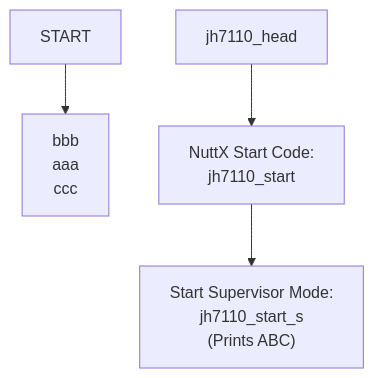
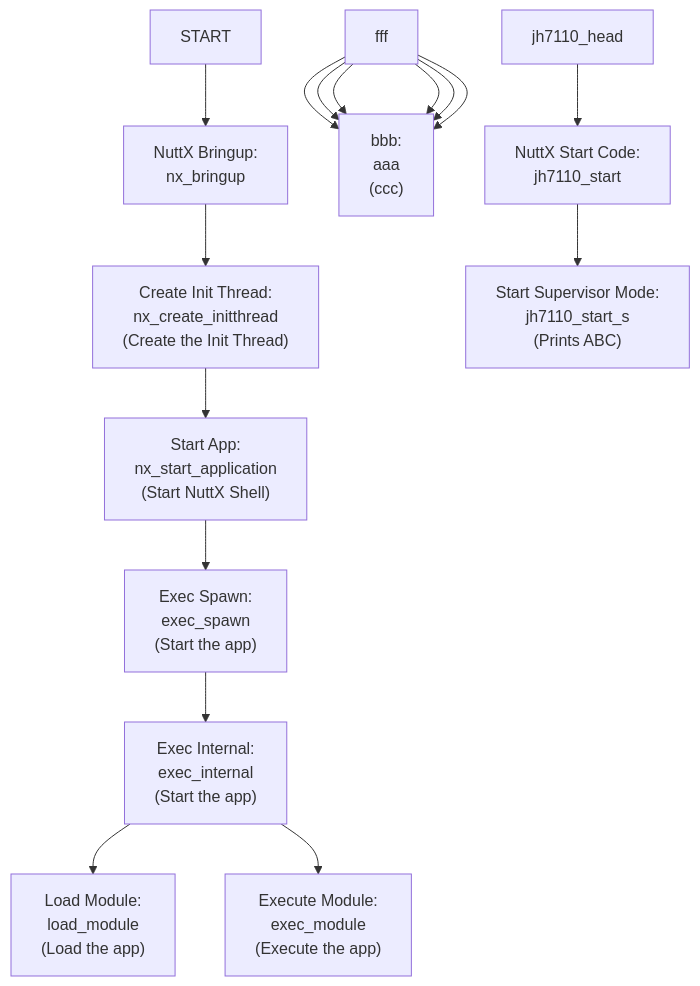
One commit to lupyuen/nuttx-ox64 changed the second of 2 diagrams in README.md. Above: the diagram before and after it, drawn with Mermaid. The commit also changed other lines of this file, not shown here.

````diff
--- a/README.md
+++ b/README.md
@@ -2897,11 +2897,48 @@
 ```mermaid
 flowchart TD
-START --> aaa["bbb \n aaa \n ccc"]
+START --> nx_bringup["NuttX Bringup: \n nx_bringup"]
+click nx_bringup href "https://github.com/apache/nuttx/blob/master/sched/init/nx_bringup.c#L373-L458" "sched/init/nx_bringup.c" _blank
+
+nx_bringup --> nx_create_initthread["Create Init Thread: \n nx_create_initthread \n (Create the Init Thread)"]
+click nx_create_initthread href "https://github.com/apache/nuttx/blob/master/sched/init/nx_bringup.c#L330-L367" "https://github.com/apache/nuttx/blob/master/sched/init/nx_bringup.c#L330-L367" _blank
+
+nx_create_initthread --> nx_start_application["Start App: \n nx_start_application \n (Start NuttX Shell)"]
+click nx_start_application href "https://github.com/apache/nuttx/blob/master/sched/init/nx_bringup.c#L212C1-L302" "https://github.com/apache/nuttx/blob/master/sched/init/nx_bringup.c#L212C1-L302" _blank
+
+nx_start_application --> exec_spawn["Exec Spawn: \n exec_spawn \n (Start the app)"]
+click exec_spawn href "https://github.com/apache/nuttx/blob/master/binfmt/binfmt_exec.c#L183-L223" "https://github.com/apache/nuttx/blob/master/binfmt/binfmt_exec.c#L183-L223" _blank
+
+exec_spawn --> exec_internal["Exec Internal: \n exec_internal \n (Start the app)"]
+click exec_internal href "https://github.com/apache/nuttx/blob/master/binfmt/binfmt_exec.c#L42-L179" "https://github.com/apache/nuttx/blob/master/binfmt/binfmt_exec.c#L42-L179" _blank
+
+exec_internal --> load_module["Load Module: \n load_module \n (Load the app)"]
+click load_module href "https://github.com/apache/nuttx/blob/master/binfmt/binfmt_loadmodule.c#L136-L225" "https://github.com/apache/nuttx/blob/master/binfmt/binfmt_loadmodule.c#L136-L225" _blank
+
+exec_internal --> exec_module["Execute Module: \n exec_module \n (Execute the app)"]
+click exec_module href "https://github.com/apache/nuttx/blob/master/binfmt/binfmt_execmodule.c#L190-L450" "https://github.com/apache/nuttx/blob/master/binfmt/binfmt_execmodule.c#L190-L450" _blank
+
+fff --> aaa["bbb: \n aaa \n (ccc)"]
+click aaa href "ddd" "eee" _blank
+
+fff --> aaa["bbb: \n aaa \n (ccc)"]
+click aaa href "ddd" "eee" _blank
+
+fff --> aaa["bbb: \n aaa \n (ccc)"]
+click aaa href "ddd" "eee" _blank
+
+fff --> aaa["bbb: \n aaa \n (ccc)"]
+click aaa href "ddd" "eee" _blank
+
+fff --> aaa["bbb: \n aaa \n (ccc)"]
+click aaa href "ddd" "eee" _blank
+
+fff --> aaa["bbb: \n aaa \n (ccc)"]
 click aaa href "ddd" "eee" _blank
 
 jh7110_head --> jh7110_start["NuttX Start Code: \n jh7110_start"]
 click jh7110_start href "https://github.com/lupyuen2/wip-pinephone-nuttx/blob/ox64/arch/risc-v/src/jh7110/jh7110_start.c#L129-L159" "arch/risc-v/src/jh7110/jh7110_start.c" _blank
 
 jh7110_start --> jh7110_start_s["Start Supervisor Mode: \n jh7110_start_s \n (Prints ABC)"]
 click jh7110_start_s href "https://github.com/lupyuen2/wip-pinephone-nuttx/blob/ox64/arch/risc-v/src/jh7110/jh7110_start.c#L82-L129" "arch/risc-v/src/jh7110/jh7110_start.c" _blank
+
 ```
````
